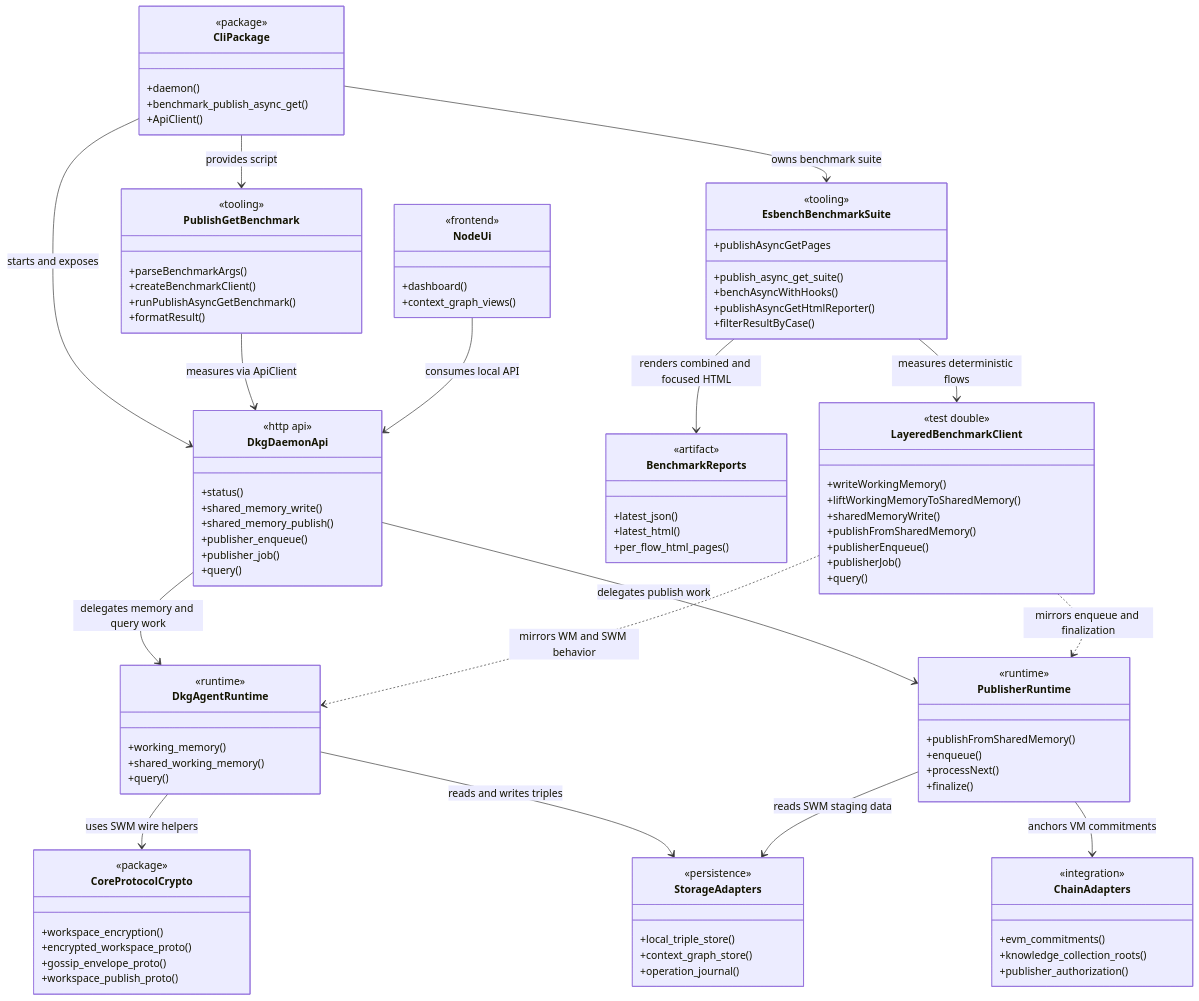
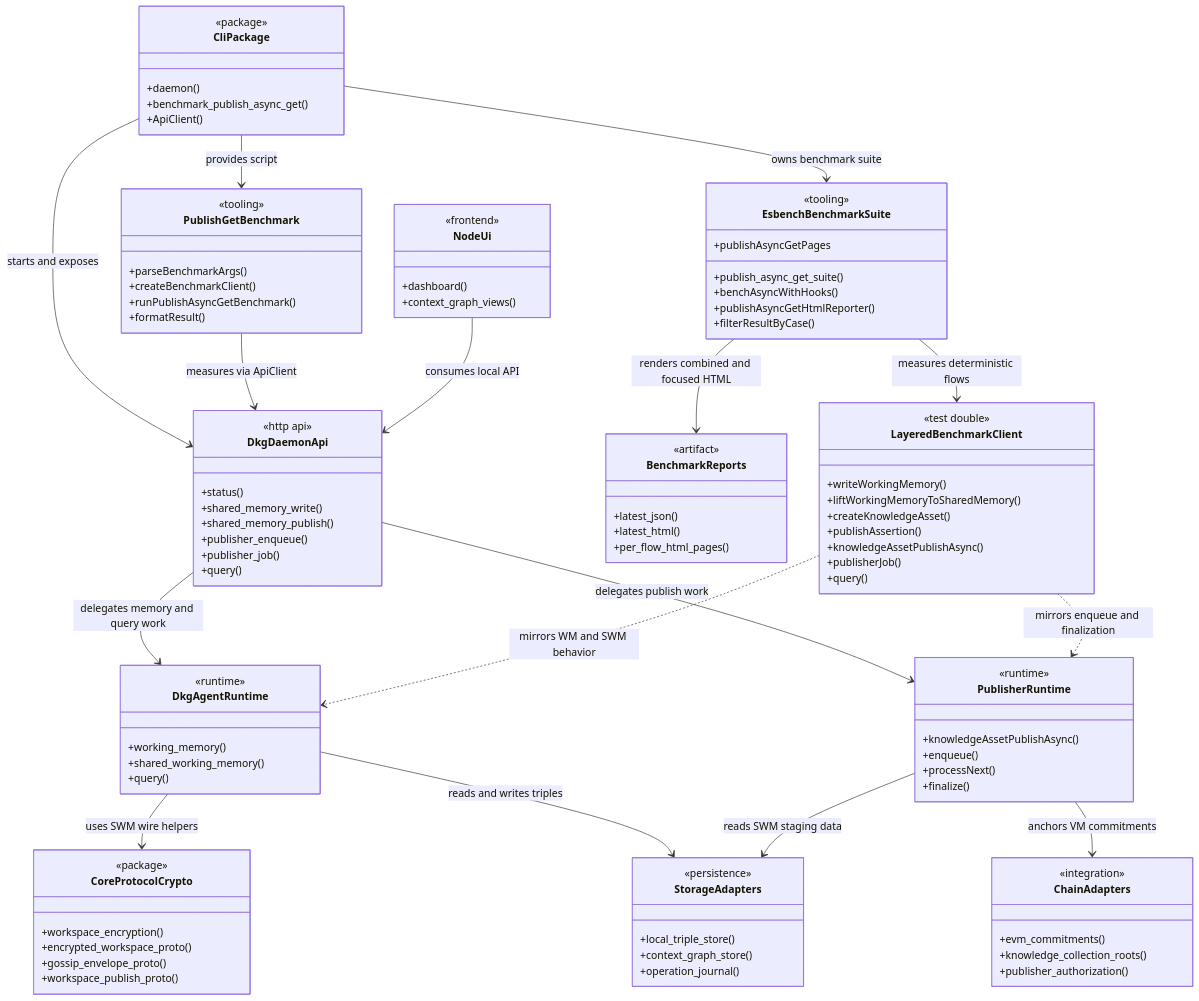
The first of 10 diagrams in ARCHITECTURE.md (KilianTrunk/dkg), drawn with Mermaid before and after one commit. The commit also changed other lines of this file and 180 other files, not shown here.

First line of the commit message:
Align publish flows with KA lifecycle (#1275)

```diff
--- a/ARCHITECTURE.md
+++ b/ARCHITECTURE.md
@@ -48,9 +48,9 @@
     <<test double>>
     +writeWorkingMemory()
     +liftWorkingMemoryToSharedMemory()
-    +sharedMemoryWrite()
-    +publishFromSharedMemory()
-    +publisherEnqueue()
+    +createKnowledgeAsset()
+    +publishAssertion()
+    +knowledgeAssetPublishAsync()
     +publisherJob()
     +query()
   }
@@ -81,7 +81,7 @@
 
   class PublisherRuntime {
     <<runtime>>
-    +publishFromSharedMemory()
+    +knowledgeAssetPublishAsync()
     +enqueue()
     +processNext()
     +finalize()
```
